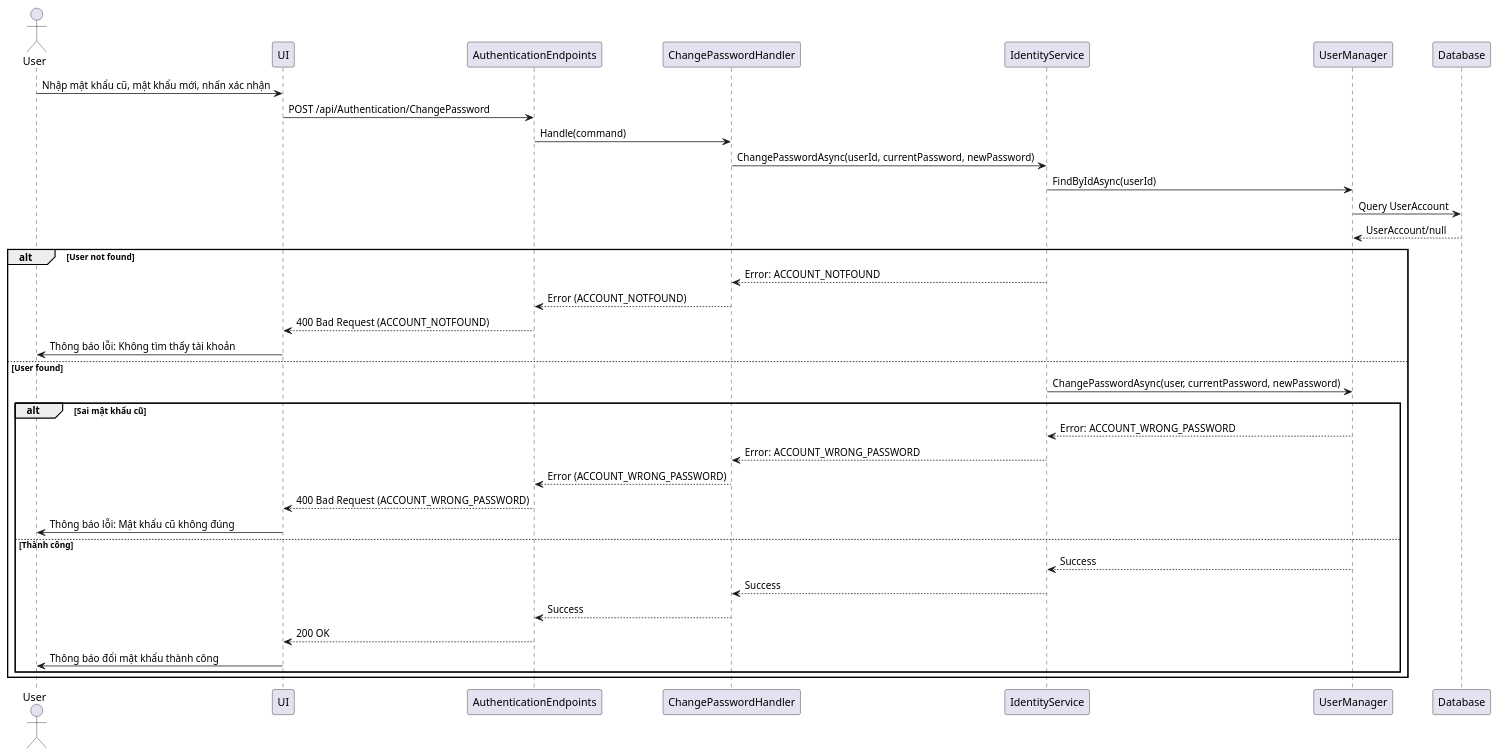
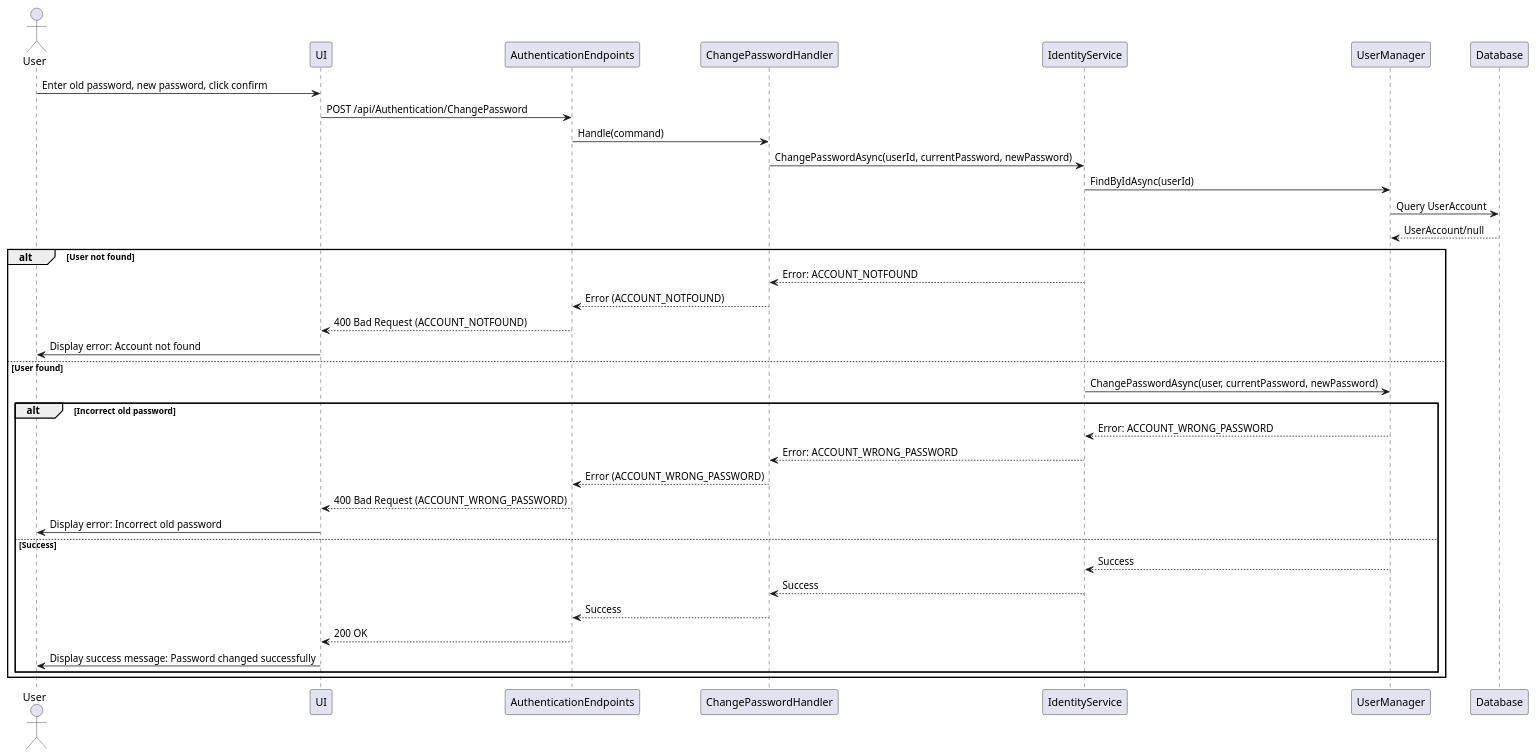
Before and after one commit to thanhkhac/SEP_Diagram: the diagram in authentication/Sequence/10_ChangePassword.puml, drawn with PlantUML. The commit also changed 8 other files, not shown here.

First line of the commit message:
Update authentication sequence diagrams for clarity and consistency

```diff
--- a/authentication/Sequence/10_ChangePassword.puml
+++ b/authentication/Sequence/10_ChangePassword.puml
@@ -1,38 +1,38 @@
 @startuml
 actor User
 participant UI
 participant AuthenticationEndpoints
 participant ChangePasswordHandler
 participant IdentityService
 participant UserManager
 participant Database
 
-User -> UI : Nhập mật khẩu cũ, mật khẩu mới, nhấn xác nhận
+User -> UI : Enter old password, new password, click confirm
 UI -> AuthenticationEndpoints : POST /api/Authentication/ChangePassword
 AuthenticationEndpoints -> ChangePasswordHandler : Handle(command)
 ChangePasswordHandler -> IdentityService : ChangePasswordAsync(userId, currentPassword, newPassword)
 IdentityService -> UserManager : FindByIdAsync(userId)
 UserManager -> Database : Query UserAccount
 Database --> UserManager : UserAccount/null
 alt User not found
     IdentityService --> ChangePasswordHandler : Error: ACCOUNT_NOTFOUND
     ChangePasswordHandler --> AuthenticationEndpoints : Error (ACCOUNT_NOTFOUND)
     AuthenticationEndpoints --> UI : 400 Bad Request (ACCOUNT_NOTFOUND)
-    UI -> User : Thông báo lỗi: Không tìm thấy tài khoản
+    UI -> User : Display error: Account not found
 else User found
     IdentityService -> UserManager : ChangePasswordAsync(user, currentPassword, newPassword)
-    alt Sai mật khẩu cũ
+    alt Incorrect old password
         UserManager --> IdentityService : Error: ACCOUNT_WRONG_PASSWORD
         IdentityService --> ChangePasswordHandler : Error: ACCOUNT_WRONG_PASSWORD
         ChangePasswordHandler --> AuthenticationEndpoints : Error (ACCOUNT_WRONG_PASSWORD)
         AuthenticationEndpoints --> UI : 400 Bad Request (ACCOUNT_WRONG_PASSWORD)
-        UI -> User : Thông báo lỗi: Mật khẩu cũ không đúng
-    else Thành công
+        UI -> User : Display error: Incorrect old password
+    else Success
         UserManager --> IdentityService : Success
         IdentityService --> ChangePasswordHandler : Success
         ChangePasswordHandler --> AuthenticationEndpoints : Success
         AuthenticationEndpoints --> UI : 200 OK
-        UI -> User : Thông báo đổi mật khẩu thành công
+        UI -> User : Display success message: Password changed successfully
     end
 end
 @enduml
```
